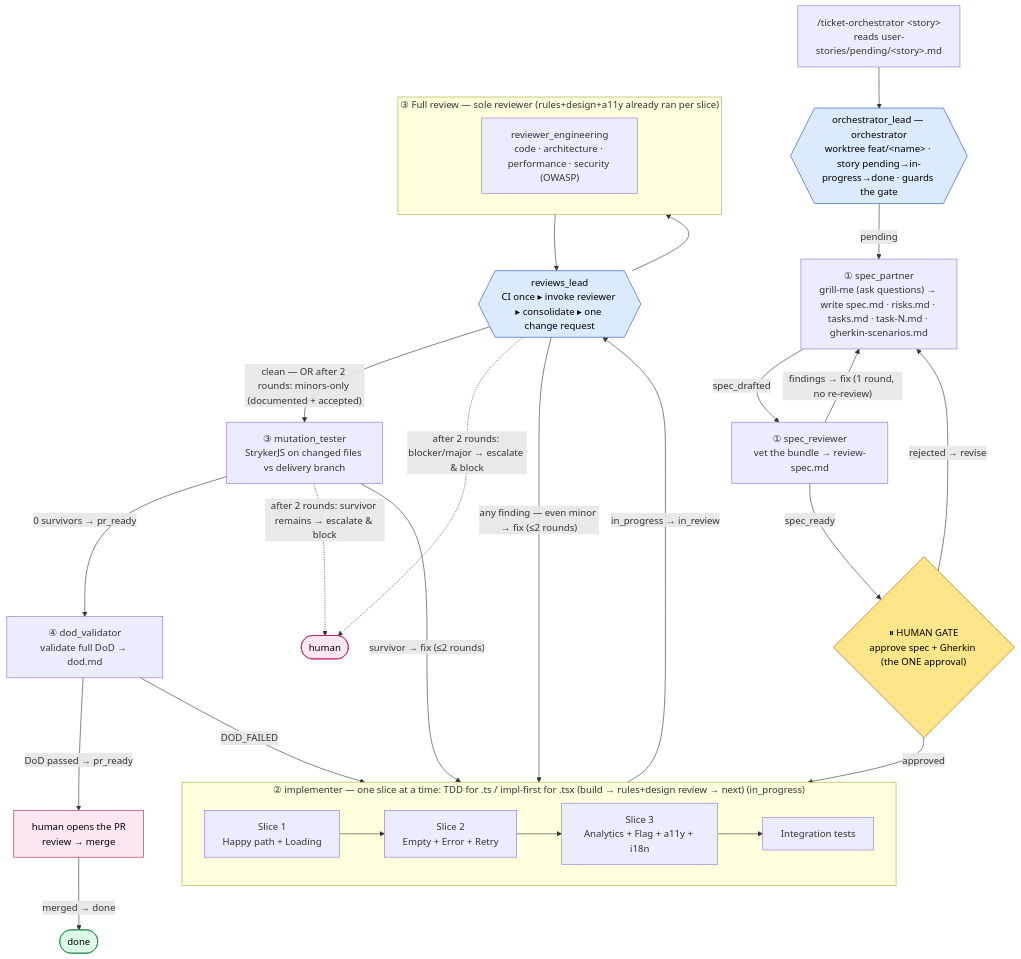
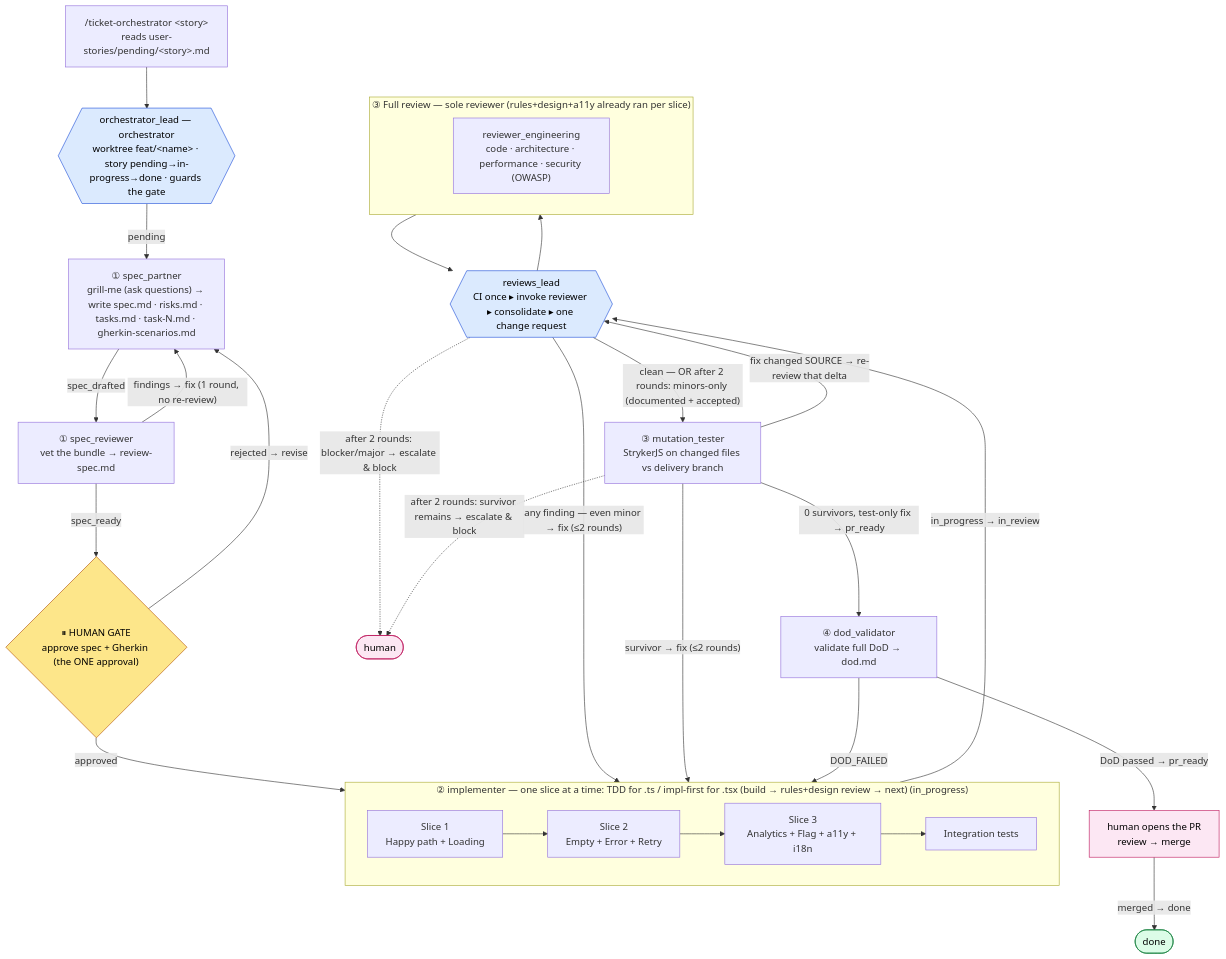
One commit to rimbener/AI4Devs-finalproject changed the diagram in ORCHESTRATOR_PLAN.md. Above: the diagram before and after it, drawn with Mermaid. The commit also changed other lines of this file and 8 other files, not shown here.

First line of the commit message:
docs(orchestrator): re-review when mutation fix changes source

````diff
--- a/ORCHESTRATOR_PLAN.md
+++ b/ORCHESTRATOR_PLAN.md
@@ -172,43 +172,44 @@
 ```mermaid
 flowchart TD
     CLI["/ticket-orchestrator &lt;story&gt;<br/>reads user-stories/pending/&lt;story&gt;.md"] --> LEAD{{"orchestrator_lead — orchestrator<br/>worktree feat/&lt;name&gt; · story pending→in-progress→done · guards the gate"}}
 
     LEAD -->|pending| P1["① spec_partner<br/>grill-me (ask questions) → write spec.md · risks.md · tasks.md · task-N.md · gherkin-scenarios.md"]
     P1 -->|spec_drafted| SR["① spec_reviewer<br/>vet the bundle → review-spec.md"]
     SR -->|"findings → fix (1 round, no re-review)"| P1
     SR -->|spec_ready| GATE{"⏸ HUMAN GATE<br/>approve spec + Gherkin (the ONE approval)"}
     GATE -->|"rejected → revise"| P1
     GATE -->|"approved"| P3G
     subgraph P3G["② implementer — one slice at a time: TDD for .ts / impl-first for .tsx (build → rules+design review → next) (in_progress)"]
         direction LR
         S1["Slice 1<br/>Happy path + Loading"] --> S2["Slice 2<br/>Empty + Error + Retry"] --> S3["Slice 3<br/>Analytics + Flag + a11y + i18n"] --> INT["Integration tests"]
     end
 
     subgraph RV["③ Full review — sole reviewer (rules+design+a11y already ran per slice)"]
         direction LR
         R1["reviewer_engineering<br/>code · architecture · performance · security (OWASP)"]
     end
     RL{{"reviews_lead<br/>CI once ▸ invoke reviewer ▸ consolidate ▸ one change request"}}
     P3G -->|"in_progress → in_review"| RL
     RL --> RV
     RV --> RL
 
     RL -->|"any finding — even minor → fix (≤2 rounds)"| P3G
     RL -->|"clean — OR after 2 rounds: minors-only (documented + accepted)"| MUT["③ mutation_tester<br/>StrykerJS on changed files vs delivery branch"]
     RL -.->|"after 2 rounds: blocker/major → escalate & block"| ESC(["human"])
     MUT -->|"survivor → fix (≤2 rounds)"| P3G
-    MUT -->|"0 survivors → pr_ready"| DV["④ dod_validator<br/>validate full DoD → dod.md"]
+    MUT -->|"fix changed SOURCE → re-review that delta"| RL
+    MUT -->|"0 survivors, test-only fix → pr_ready"| DV["④ dod_validator<br/>validate full DoD → dod.md"]
     MUT -.->|"after 2 rounds: survivor remains → escalate & block"| ESC
     DV -->|DOD_FAILED| P3G
     DV -->|"DoD passed → pr_ready"| HPR["human opens the PR<br/>review → merge"]
     HPR -->|merged → done| DONE(["done"])
 
     classDef gate fill:#fde68a,stroke:#b45309,color:#000;
     classDef lead fill:#dbeafe,stroke:#1d4ed8,color:#000;
     classDef terminal fill:#dcfce7,stroke:#15803d,color:#000;
     classDef human fill:#fce7f3,stroke:#be185d,color:#000;
     class GATE gate;
     class LEAD,RL lead;
     class HPR,ESC human;
     class DONE terminal;
 ```
````
